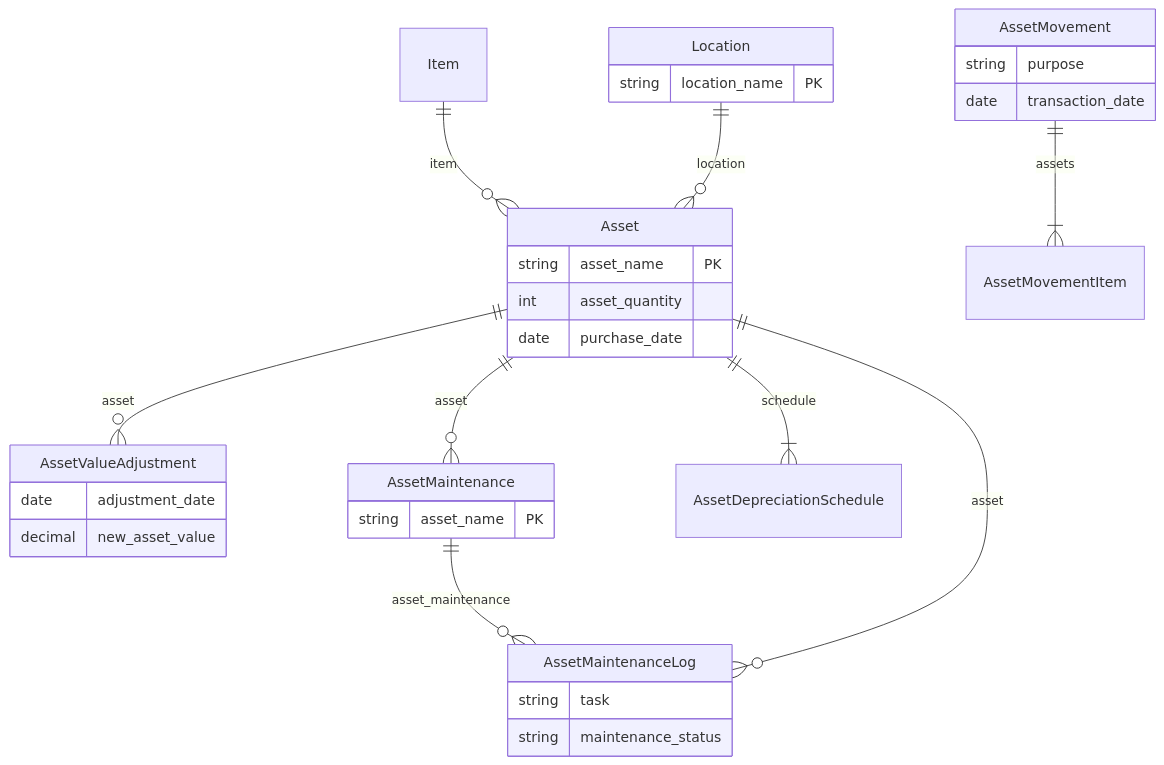
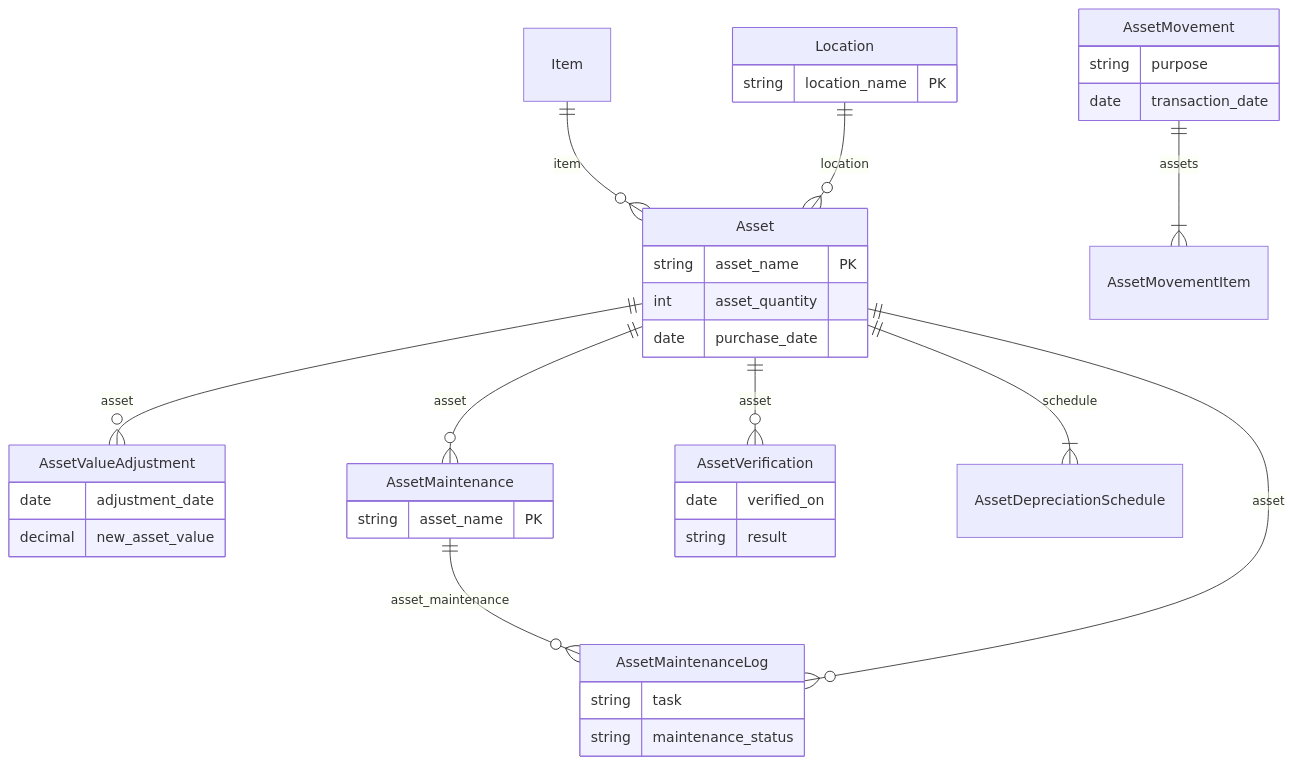
One commit to CBFerrum/ferrum-app-assets changed the third of 3 diagrams in README.md. Above: the diagram before and after it, drawn with Mermaid. The commit also changed other lines of this file, not shown here.

Commit message:
README: the interface, and what verification and return dates add

````diff
--- a/README.md
+++ b/README.md
@@ -144,34 +168,39 @@
 ```mermaid
 erDiagram
     Asset {
         string asset_name PK
         int asset_quantity
         date purchase_date
     }
     AssetMovement {
         string purpose
         date transaction_date
     }
     Location {
         string location_name PK
     }
     AssetValueAdjustment {
         date adjustment_date
         decimal new_asset_value
     }
     AssetMaintenance {
         string asset_name PK
     }
     AssetMaintenanceLog {
         string task
         string maintenance_status
     }
+    AssetVerification {
+        date verified_on
+        string result
+    }
     Item ||--o{ Asset : "item"
     Location ||--o{ Asset : "location"
     Asset ||--|{ AssetDepreciationSchedule : "schedule"
     AssetMovement ||--|{ AssetMovementItem : "assets"
     Asset ||--o{ AssetValueAdjustment : "asset"
     Asset ||--o{ AssetMaintenance : "asset"
     AssetMaintenance ||--o{ AssetMaintenanceLog : "asset_maintenance"
     Asset ||--o{ AssetMaintenanceLog : "asset"
+    Asset ||--o{ AssetVerification : "asset"
 ```
````
